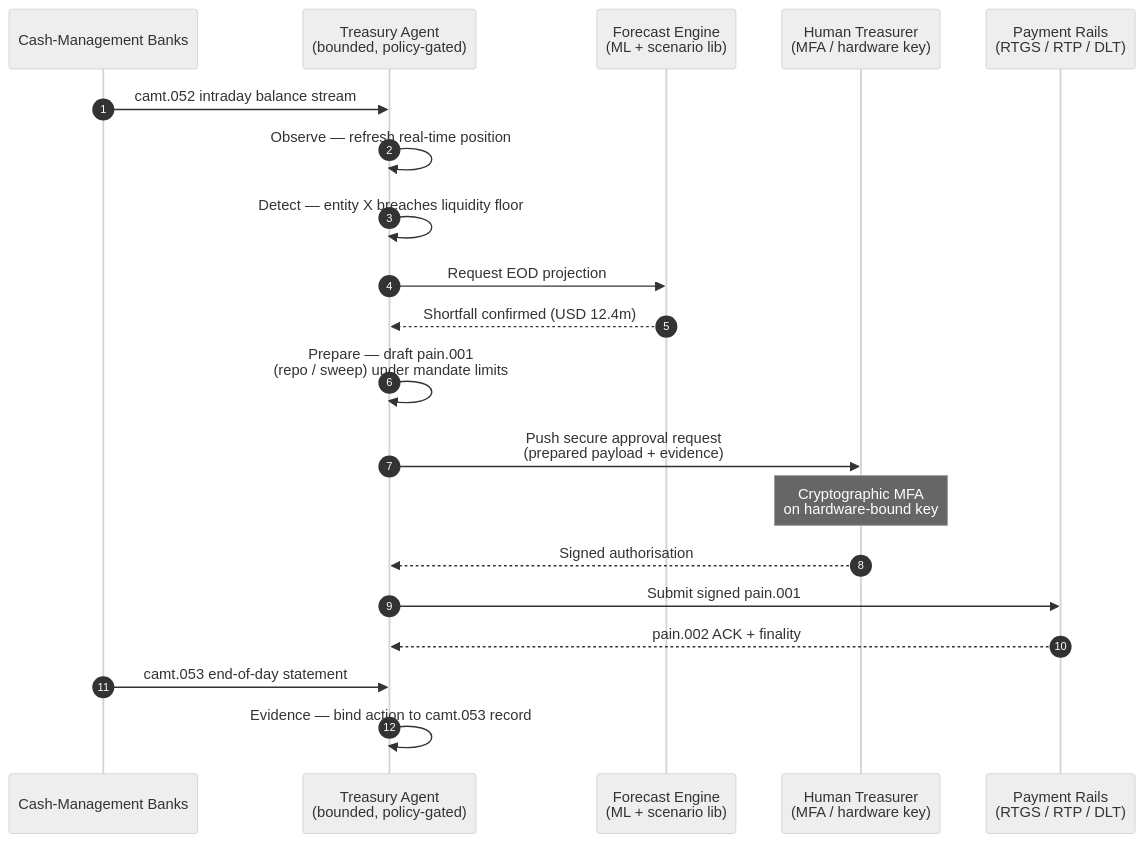
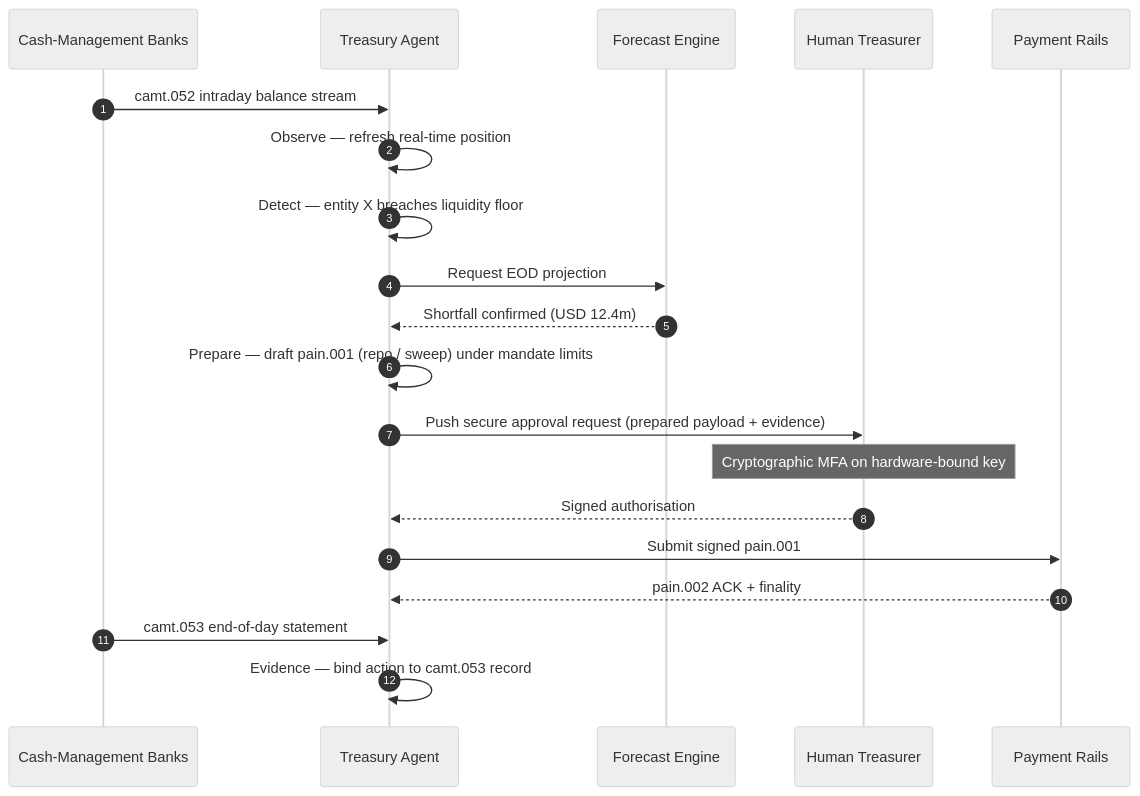
One commit to sebastienrousseau/sebastienrousseau.github.io changed the diagram in _posts/2026-06-07-autonomous-treasury-index-programmable-liquidity-tokenised-deposits-2026.md. Above: the diagram before and after it, drawn with Mermaid (neutral theme). The commit also changed 2231 other files, not shown here.

First line of the commit message:
fix(mermaid): unblock Mermaid v10 rendering end-to-end (#198)

````diff
--- a/_posts/2026-06-07-autonomous-treasury-index-programmable-liquidity-tokenised-deposits-2026.md
+++ b/_posts/2026-06-07-autonomous-treasury-index-programmable-liquidity-tokenised-deposits-2026.md
@@ -174,23 +174,22 @@
 ```mermaid
 sequenceDiagram
     autonumber
     participant Banks as Cash-Management Banks
-    participant Agent as Treasury Agent<br/>(bounded, policy-gated)
-    participant Forecast as Forecast Engine<br/>(ML + scenario lib)
-    participant Treasurer as Human Treasurer<br/>(MFA / hardware key)
-    participant Rails as Payment Rails<br/>(RTGS / RTP / DLT)
-
+    participant Agent as Treasury Agent
+    participant Forecast as Forecast Engine
+    participant Treasurer as Human Treasurer
+    participant Rails as Payment Rails
     Banks->>Agent: camt.052 intraday balance stream
     Agent->>Agent: Observe — refresh real-time position
     Agent->>Agent: Detect — entity X breaches liquidity floor
     Agent->>Forecast: Request EOD projection
     Forecast-->>Agent: Shortfall confirmed (USD 12.4m)
-    Agent->>Agent: Prepare — draft pain.001<br/>(repo / sweep) under mandate limits
-    Agent->>Treasurer: Push secure approval request<br/>(prepared payload + evidence)
-    Note over Treasurer: Cryptographic MFA<br/>on hardware-bound key
+    Agent->>Agent: Prepare — draft pain.001 (repo / sweep) under mandate limits
+    Agent->>Treasurer: Push secure approval request (prepared payload + evidence)
+    Note over Treasurer: Cryptographic MFA on hardware-bound key
     Treasurer-->>Agent: Signed authorisation
     Agent->>Rails: Submit signed pain.001
     Rails-->>Agent: pain.002 ACK + finality
     Banks->>Agent: camt.053 end-of-day statement
     Agent->>Agent: Evidence — bind action to camt.053 record
 ```
````
